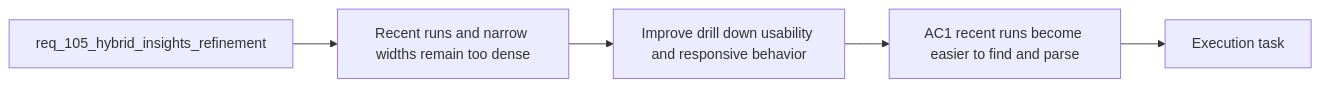
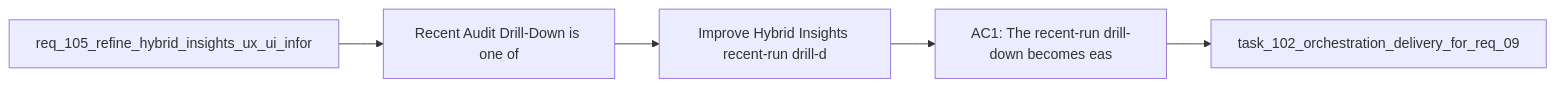
Before and after one commit to AlexAgo83/logics-manager: the diagram in logics/backlog/item_190_improve_hybrid_insights_recent_run_drill_down_and_narrow_width_usability.md, drawn with Mermaid. The commit also changed 481 other files, not shown here.

````diff
--- a/logics/backlog/item_190_improve_hybrid_insights_recent_run_drill_down_and_narrow_width_usability.md
+++ b/logics/backlog/item_190_improve_hybrid_insights_recent_run_drill_down_and_narrow_width_usability.md
@@ -29,9 +29,9 @@
 ```mermaid
 %% logics-kind: backlog
-%% logics-signature: backlog|improve-hybrid-insights-recent-run-drill|req-105-hybrid-insights-refinement|recent-audit-drill-down-is-one-of|ac1-the-recent-run-drill-down-becomes-ea
+%% logics-signature: backlog|improve-hybrid-insights-recent-run-drill|req-105-refine-hybrid-insights-ux-ui-inf|recent-audit-drill-down-is-one-of|ac1-the-recent-run-drill-down-becomes-ea
 flowchart LR
-    Request[req_105_hybrid_insights_refinement] --> Problem[Recent runs and narrow widths remain too dense]
-    Problem --> Scope[Improve drill down usability and responsive behavior]
-    Scope --> Acceptance[AC1 recent runs become easier to find and parse]
-    Acceptance --> Tasks[Execution task]
+    Request[req_105_refine_hybrid_insights_ux_ui_infor] --> Problem[Recent Audit Drill-Down is one of]
+    Problem --> Scope[Improve Hybrid Insights recent-run drill-d]
+    Scope --> Acceptance[AC1: The recent-run drill-down becomes eas]
+    Acceptance --> Tasks[task_102_orchestration_delivery_for_req_09]
 ```
````
